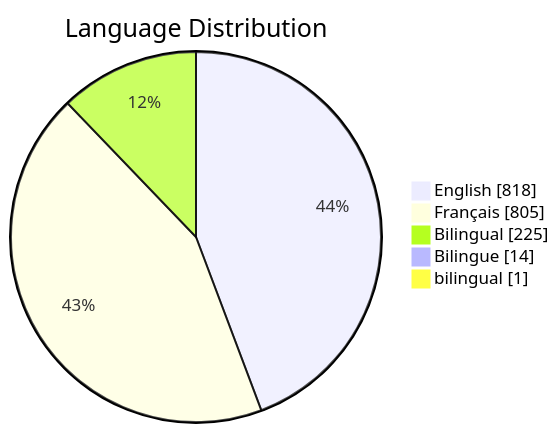
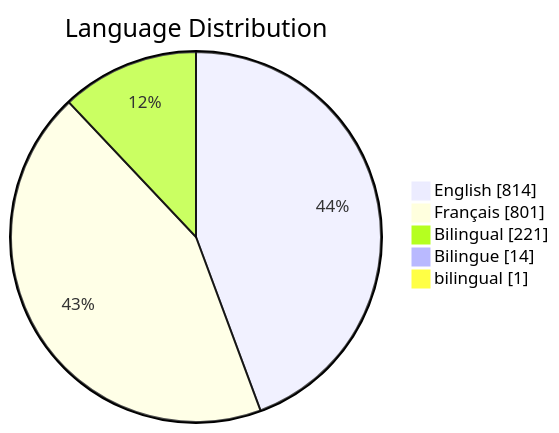
The third of 6 diagrams in README.md (PatLittle/GC-Socials), drawn with Mermaid before and after one commit. The commit also changed other lines of this file, not shown here.

Commit message:
Update README with Platform Distribution pie chart

````diff
--- a/README.md
+++ b/README.md
@@ -66,8 +66,8 @@
 ```mermaid
 pie showData title Language Distribution
-    "English": 818
-    "Français": 805
-    "Bilingual": 225
+    "English": 814
+    "Français": 801
+    "Bilingual": 221
     "Bilingue": 14
     "bilingual": 1
 ```
````
